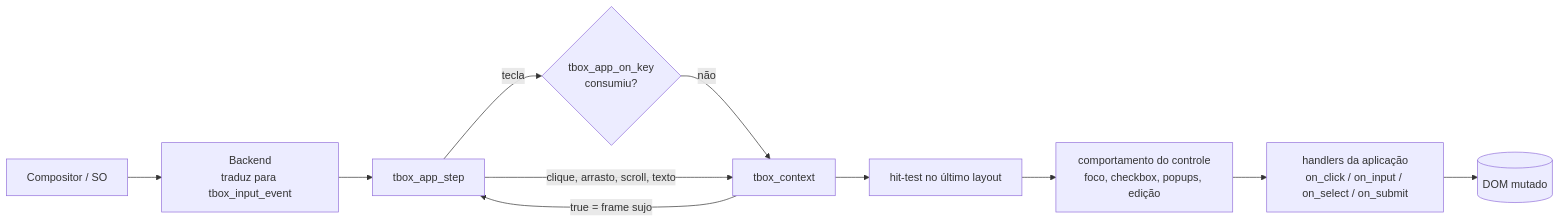
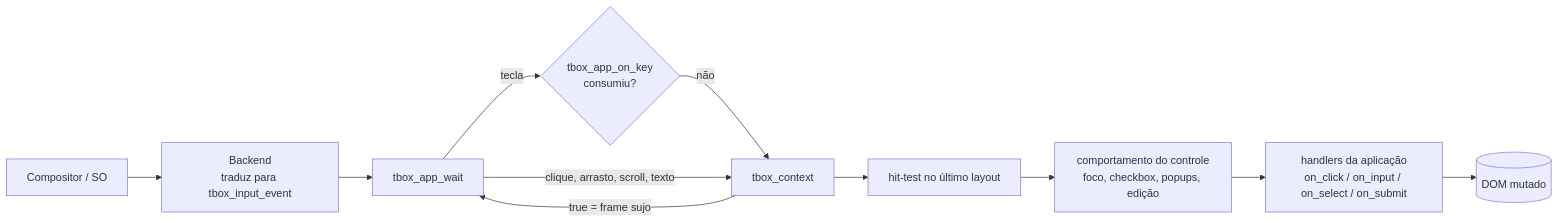
Before and after one commit to welldias/tbox-lib: the first of 2 diagrams in docs/06-eventos-e-interatividade.md, drawn with Mermaid. The commit also changed other lines of this file and 62 other files, not shown here.

Commit message:
sleeping app loop, double-buffered wayland output and tbox_app_post

````diff
--- a/docs/06-eventos-e-interatividade.md
+++ b/docs/06-eventos-e-interatividade.md
@@ -14,13 +14,13 @@
 ```mermaid
 flowchart LR
     OS[Compositor / SO] --> BE[Backend<br/>traduz para tbox_input_event]
-    BE --> APP[tbox_app_step]
+    BE --> APP[tbox_app_wait]
     APP -->|tecla| KH{tbox_app_on_key<br/>consumiu?}
     KH -- não --> CTX
     APP -->|clique, arrasto, scroll, texto| CTX[tbox_context]
     CTX --> HT[hit-test no último layout]
     HT --> CTRL[comportamento do controle<br/>foco, checkbox, popups, edição]
     CTRL --> H[handlers da aplicação<br/>on_click / on_input / on_select / on_submit]
     H --> DOM[(DOM mutado)]
     CTX -->|true = frame sujo| APP
 ```
````
